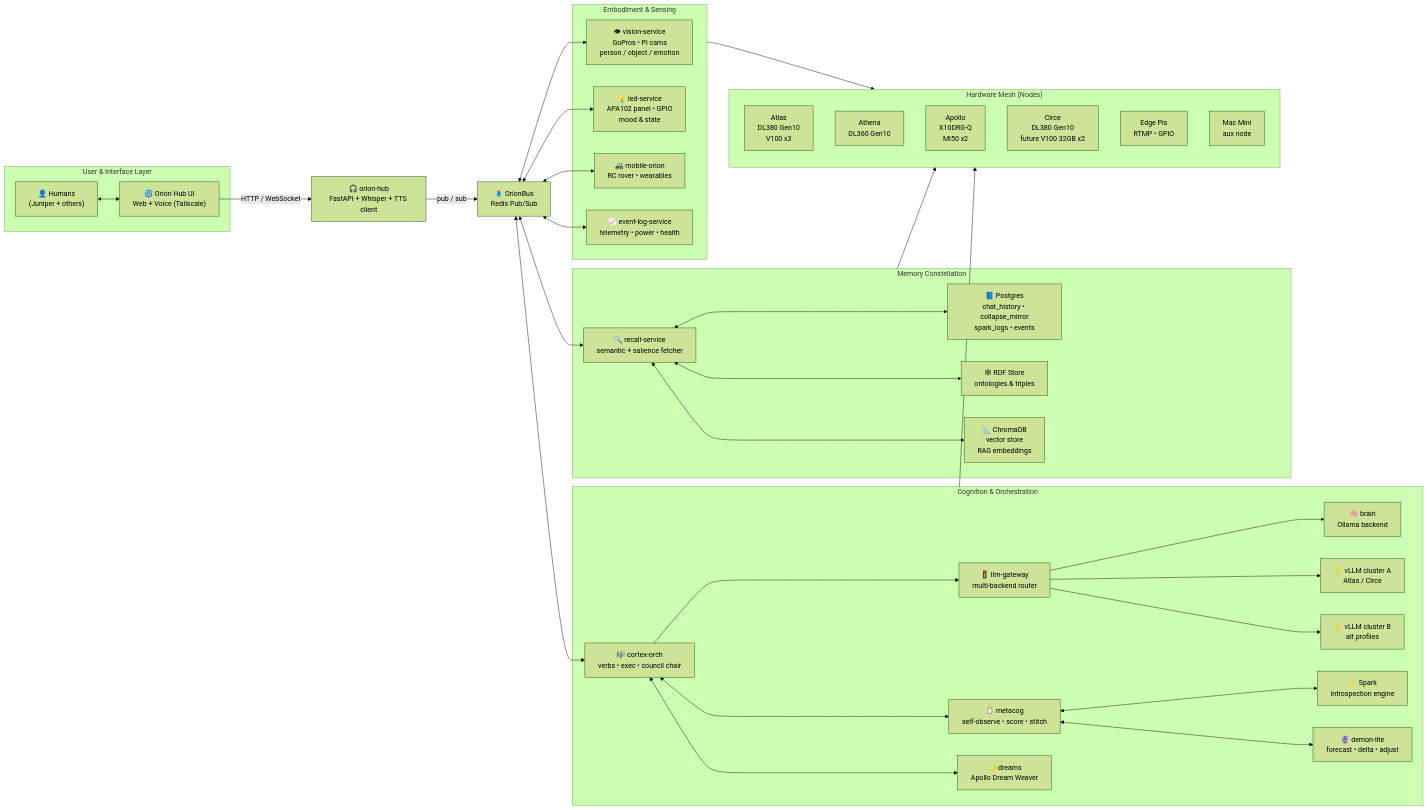
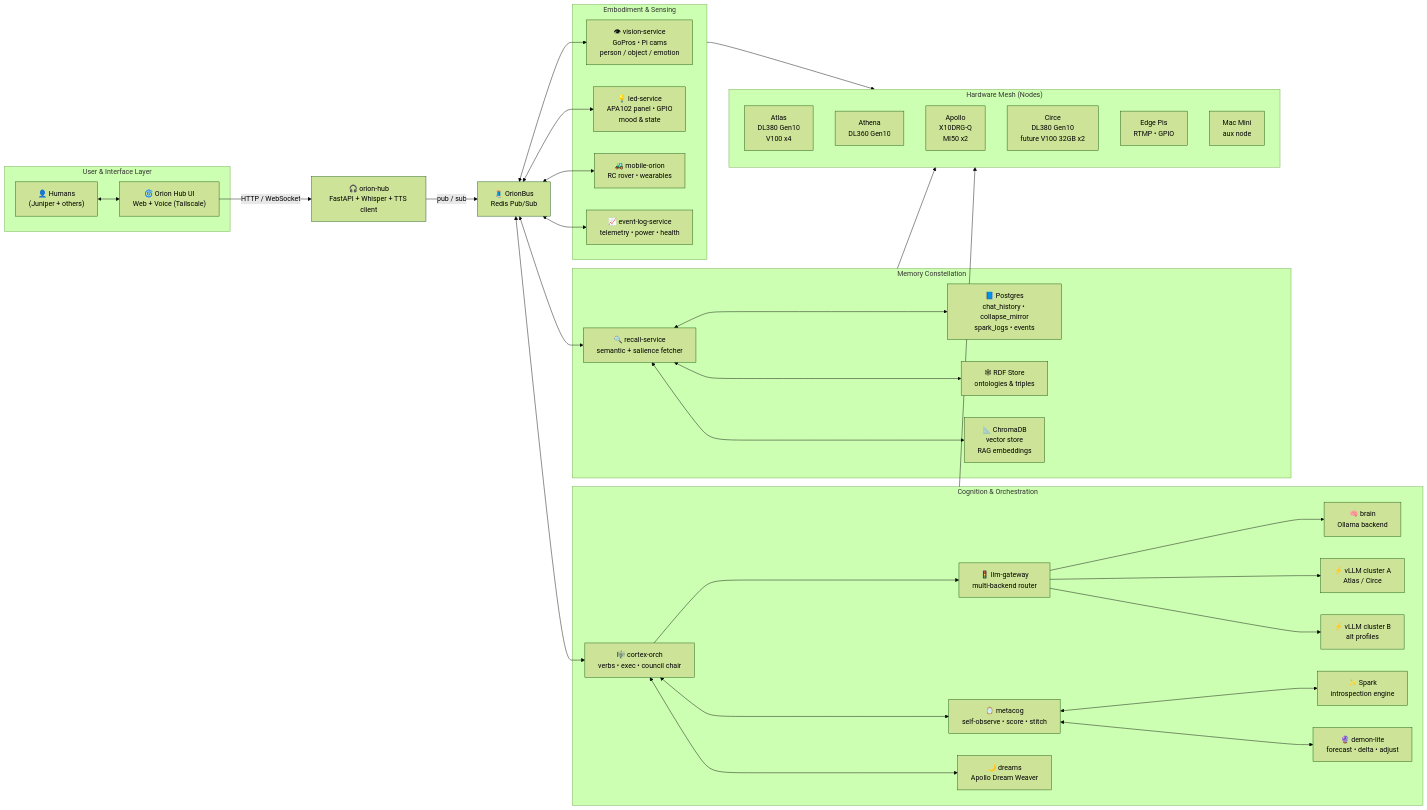
One commit to junebug-junie/Orion-Sapienform changed the second of 2 diagrams in README.md. Above: the diagram before and after it, drawn with Mermaid (forest theme). The commit also changed other lines of this file, not shown here.

Commit message:
Update GPU configuration in README.md

````diff
--- a/README.md
+++ b/README.md
@@ -252,76 +252,76 @@
 ```mermaid
 flowchart LR
     %% ── User & UI Layer ──────────────────────────────
     subgraph UserSpace["User & Interface Layer"]
         U["👤 Humans<br/>(Juniper + others)"]
         UI["🌀 Orion Hub UI<br/>Web + Voice (Tailscale)"]
         U <--> UI
     end
 
     UI -->|"HTTP / WebSocket"| HUB["🎧 orion-hub<br/>FastAPI + Whisper + TTS client"]
     HUB -->|"pub / sub"| BUS["🧵 OrionBus<br/>Redis Pub/Sub"]
 
     %% ── Cognition & Orchestration ────────────────────
     subgraph Cognition["Cognition & Orchestration"]
         CO["🎼 cortex-orch<br/>verbs • exec • council chair"]
         LG["🚦 llm-gateway<br/>multi-backend router"]
         BR["🧠 brain<br/>Ollama backend"]
         VLLM1["⚡ vLLM cluster A<br/>Atlas / Circe"]
         VLLM2["⚡ vLLM cluster B<br/>alt profiles"]
         META["🪞 metacog<br/>self-observe • score • stitch"]
         DR["🌙 dreams<br/>Apollo Dream Weaver"]
         SP["✨ Spark<br/>introspection engine"]
         DL["🔮 demon-lite<br/>forecast • delta • adjust"]
     end
 
     BUS <--> CO
     CO --> LG
     LG --> BR
     LG --> VLLM1
     LG --> VLLM2
 
     CO <--> META
     META <--> SP
     META <--> DL
     CO <--> DR
 
     %% ── Memory Constellation ─────────────────────────
     subgraph Memory["Memory Constellation"]
         RC["🔍 recall-service<br/>semantic + salience fetcher"]
         SQL["📘 Postgres<br/>chat_history • collapse_mirror<br/>spark_logs • events"]
         RDF["🕸 RDF Store<br/>ontologies & triples"]
         VEC["📐 ChromaDB<br/>vector store<br/>RAG embeddings"]
     end
 
     BUS <--> RC
     RC <--> SQL
     RC <--> RDF
     RC <--> VEC
 
     %% ── Embodiment & Sensing ─────────────────────────
     subgraph Embodiment["Embodiment & Sensing"]
         VIS["👁 vision-service<br/>GoPros • Pi cams<br/>person / object / emotion"]
         LED["💡 led-service<br/>APA102 panel • GPIO<br/>mood & state"]
         BOT["🚜 mobile-orion<br/>RC rover • wearables"]
         EVT["📈 event-log-service<br/>telemetry • power • health"]
     end
 
     BUS <--> VIS
     BUS <--> LED
     BUS <--> BOT
     BUS <--> EVT
 
     %% ── Hardware Mesh ────────────────────────────────
     subgraph Mesh["Hardware Mesh (Nodes)"]
-        AtlasNode["Atlas<br/>DL380 Gen10<br/>V100 x3"]
+        AtlasNode["Atlas<br/>DL380 Gen10<br/>V100 x4"]
         AthenaNode["Athena<br/>DL360 Gen10"]
         ApolloNode["Apollo<br/>X10DRG-Q<br/>MI50 x2"]
         CirceNode["Circe<br/>DL380 Gen10<br/>future V100 32GB x2"]
         PisNode["Edge Pis<br/>RTMP • GPIO"]
         MacNode["Mac Mini<br/>aux node"]
     end
 
     Cognition --> Mesh
     Memory --> Mesh
     Embodiment --> Mesh
 ```
````
